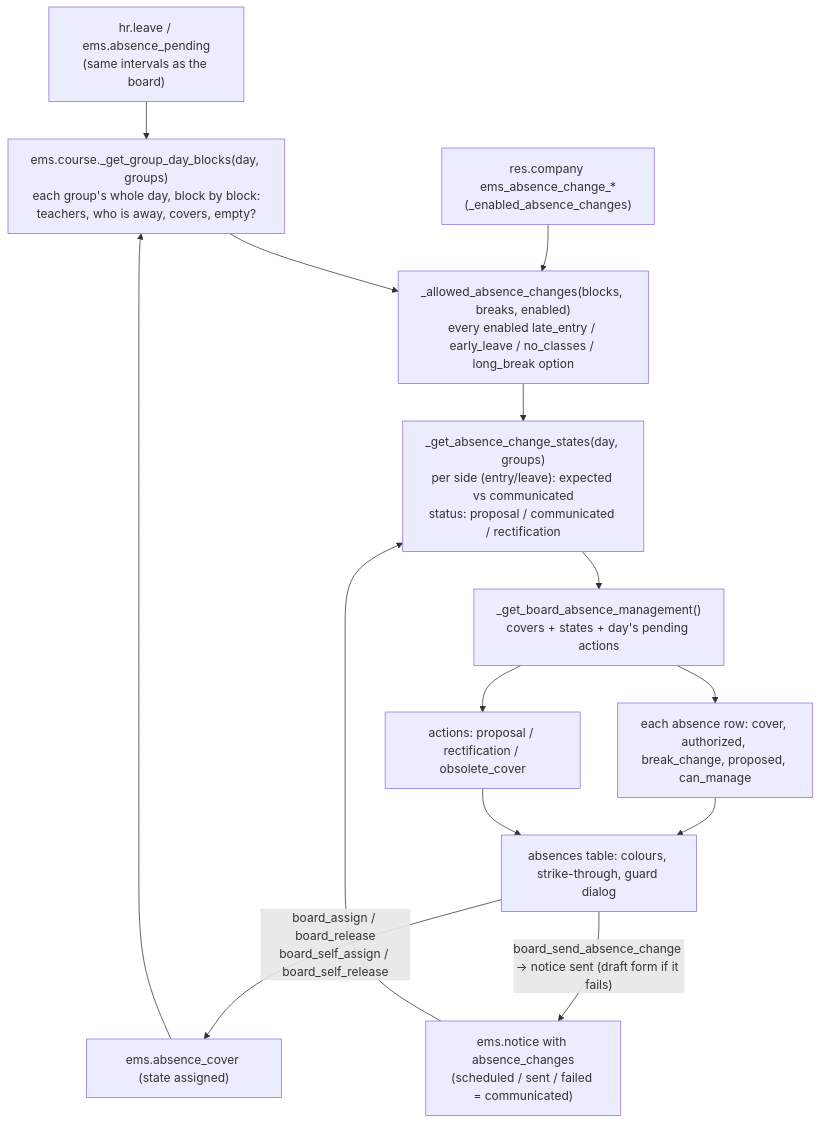
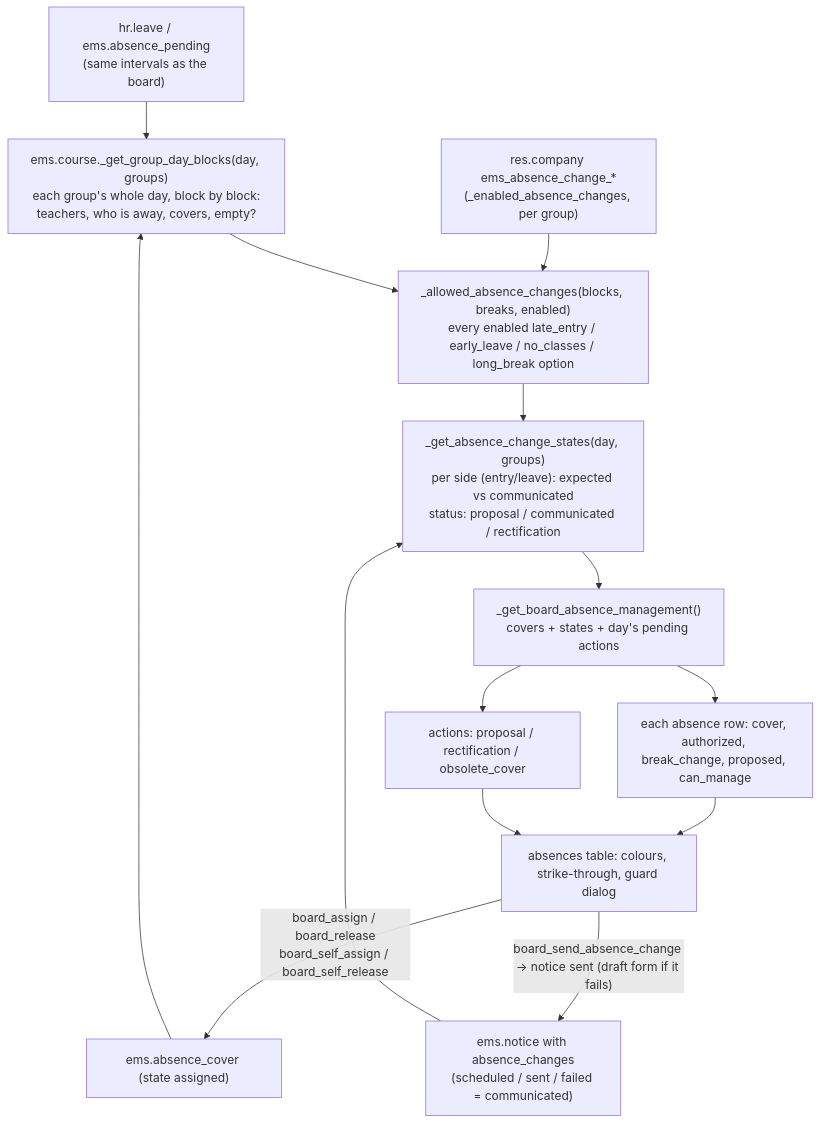
Before and after one commit to ElPuig/EMS: the fourth of 7 diagrams in docs/en/developers/attendance/guard_duty_board.md, drawn with Mermaid. The commit also changed other lines of this file and 119 other files, not shown here.

````diff
--- a/docs/en/developers/attendance/guard_duty_board.md
+++ b/docs/en/developers/attendance/guard_duty_board.md
@@ -682,16 +682,16 @@
 ```mermaid
 flowchart TD
     ABS["hr.leave / ems.absence_pending<br/>(same intervals as the board)"] --> BLK["ems.course._get_group_day_blocks(day, groups)<br/>each group's whole day, block by block:<br/>teachers, who is away, covers, empty?"]
     COV["ems.absence_cover (state assigned)"] --> BLK
-    CFG["res.company ems_absence_change_*<br/>(_enabled_absence_changes)"] --> EXP
+    CFG["res.company ems_absence_change_*<br/>(_enabled_absence_changes, per group)"] --> EXP
     BLK --> EXP["_allowed_absence_changes(blocks, breaks, enabled)<br/>every enabled late_entry / early_leave / no_classes / long_break option"]
     NOT["ems.notice with absence_changes<br/>(scheduled / sent / failed = communicated)"] --> ST
     EXP --> ST["_get_absence_change_states(day, groups)<br/>per side (entry/leave): expected vs communicated<br/>status: proposal / communicated / rectification"]
     ST --> MGT["_get_board_absence_management()<br/>covers + states + day's pending actions"]
     MGT --> ROWS["each absence row: cover, authorized, break_change, proposed, can_manage"]
     MGT --> ACT["actions: proposal / rectification / obsolete_cover"]
     ROWS --> UI["absences table: colours, strike-through, guard dialog"]
     ACT --> UI
     UI -->|"board_assign / board_release<br/>board_self_assign / board_self_release"| COV
     UI -->|"board_send_absence_change -> notice sent (draft form if it fails)"| NOT
 ```
````
